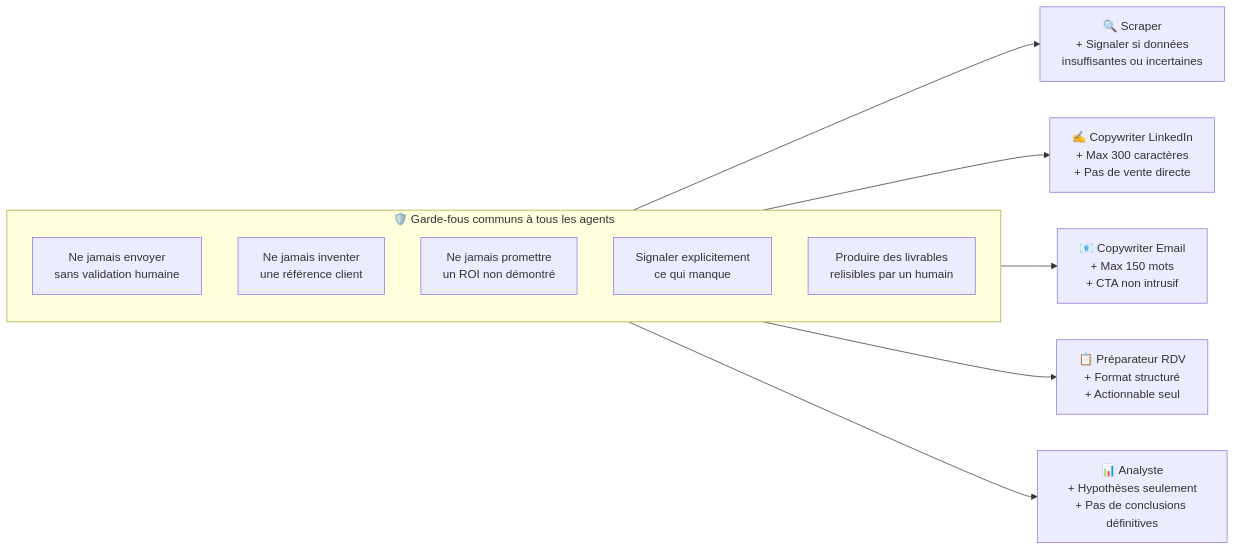
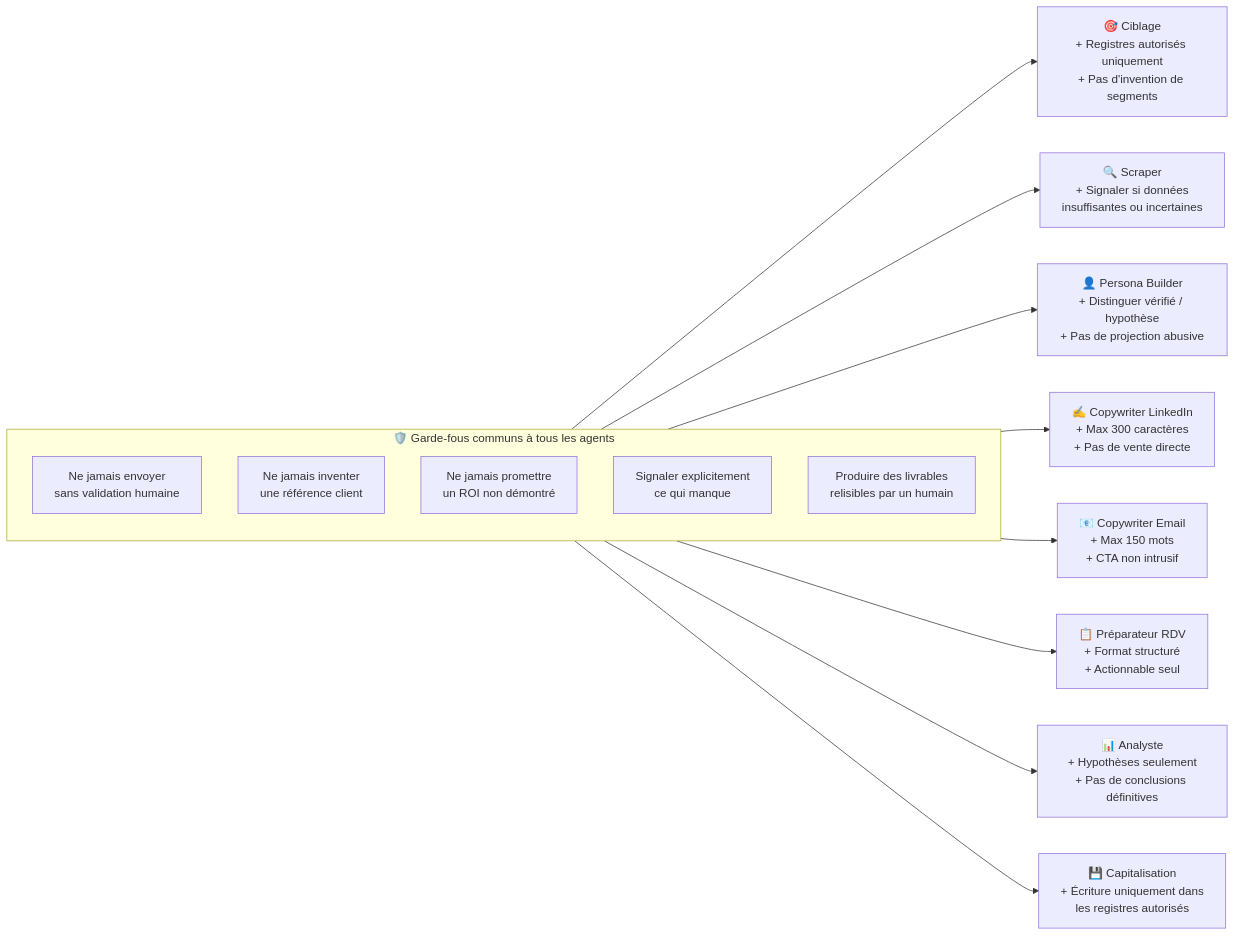
One commit to Yohann76/hanibal-marketplace-agents changed diagram 16 of 24 in Docs/reflexion/graph-prospection.md. Above: the diagram before and after it, drawn with Mermaid. The commit also changed other lines of this file, not shown here.

````diff
--- a/Docs/reflexion/graph-prospection.md
+++ b/Docs/reflexion/graph-prospection.md
@@ -540,22 +595,28 @@
 ```mermaid
 graph LR
     subgraph GF["🛡️ Garde-fous communs à tous les agents"]
         G1["Ne jamais envoyer\nsans validation humaine"]
         G2["Ne jamais inventer\nune référence client"]
         G3["Ne jamais promettre\nun ROI non démontré"]
         G4["Signaler explicitement\nce qui manque"]
         G5["Produire des livrables\nrelisibles par un humain"]
     end
 
+    C["🎯 Ciblage\n+ Registres autorisés uniquement\n+ Pas d'invention de segments"]
     S["🔍 Scraper\n+ Signaler si données\ninsuffisantes ou incertaines"]
+    PB["👤 Persona Builder\n+ Distinguer vérifié / hypothèse\n+ Pas de projection abusive"]
     L["✍️ Copywriter LinkedIn\n+ Max 300 caractères\n+ Pas de vente directe"]
     E["📧 Copywriter Email\n+ Max 150 mots\n+ CTA non intrusif"]
     R["📋 Préparateur RDV\n+ Format structuré\n+ Actionnable seul"]
     A["📊 Analyste\n+ Hypothèses seulement\n+ Pas de conclusions définitives"]
+    CAP["💾 Capitalisation\n+ Écriture uniquement dans\nles registres autorisés"]
 
+    GF --> C
     GF --> S
+    GF --> PB
     GF --> L
     GF --> E
     GF --> R
     GF --> A
+    GF --> CAP
 ```
````
